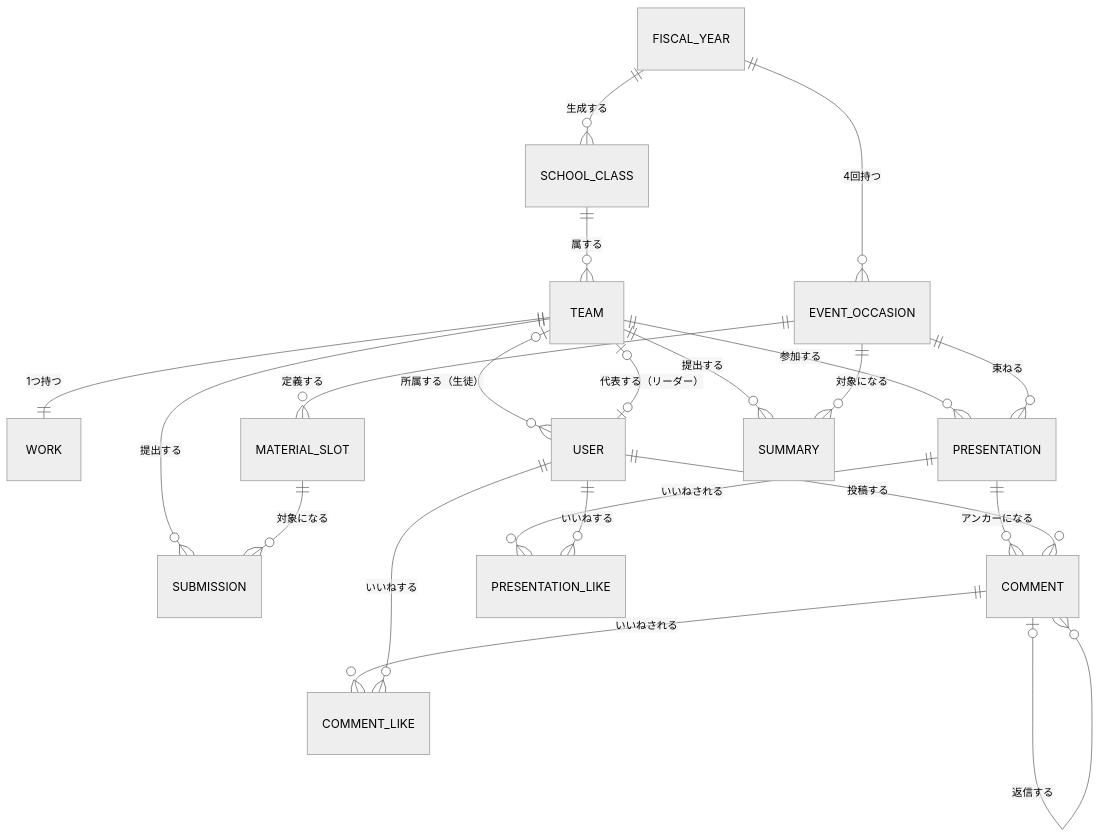
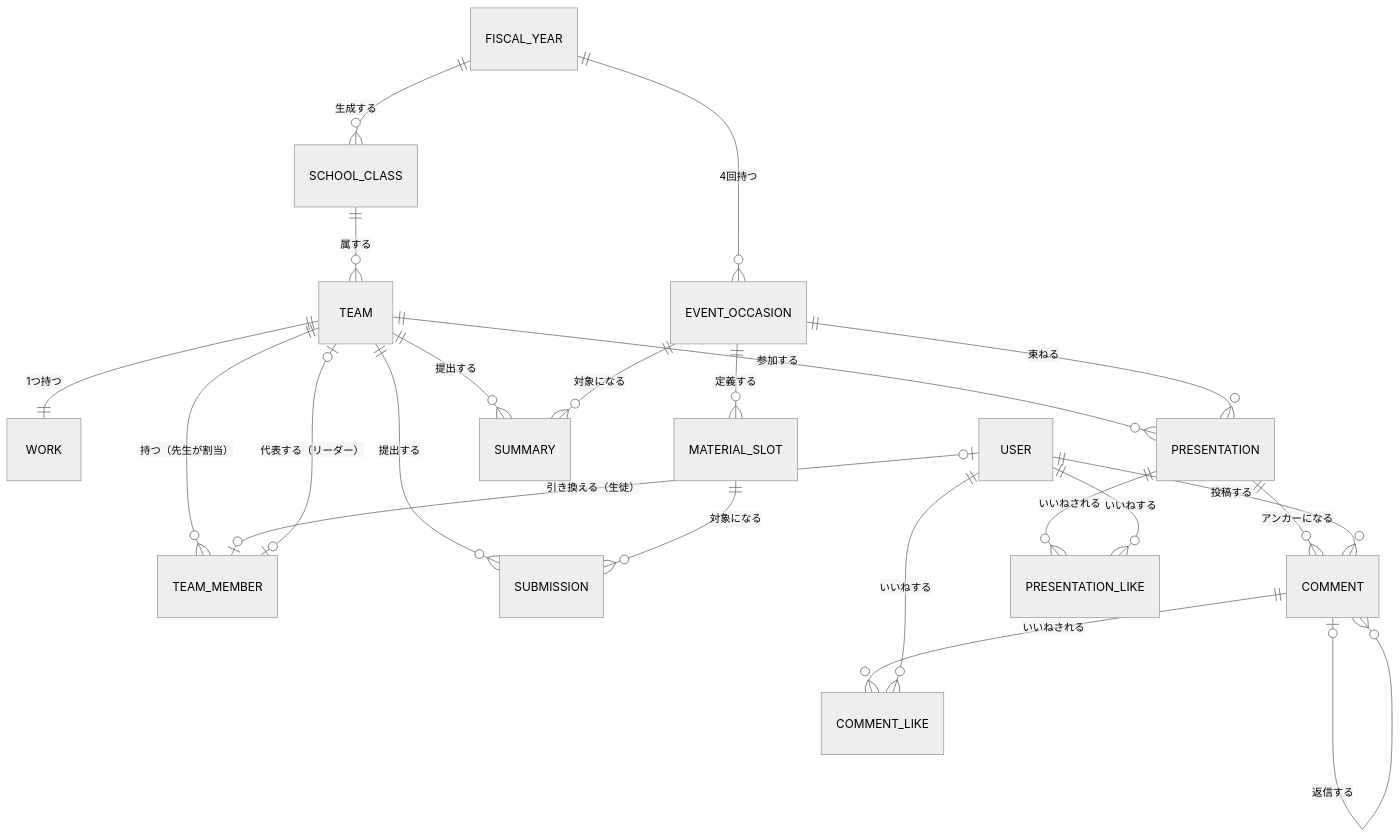
One commit to 250158hj-maker/yse_compass changed the first of 2 diagrams in docs/design/06-data.md. Above: the diagram before and after it, drawn with Mermaid (neutral theme). The commit also changed other lines of this file and 2 other files, not shown here.

````diff
--- a/docs/design/06-data.md
+++ b/docs/design/06-data.md
@@ -96,23 +96,24 @@
 ```mermaid
 erDiagram
     FISCAL_YEAR ||--o{ SCHOOL_CLASS : "生成する"
     FISCAL_YEAR ||--o{ EVENT_OCCASION : "4回持つ"
     SCHOOL_CLASS ||--o{ TEAM : "属する"
     TEAM ||--|| WORK : "1つ持つ"
-    TEAM |o--o{ USER : "所属する（生徒）"
-    TEAM |o--o| USER : "代表する（リーダー）"
+    TEAM ||--o{ TEAM_MEMBER : "持つ（先生が割当）"
+    USER |o--o| TEAM_MEMBER : "引き換える（生徒）"
+    TEAM |o--o| TEAM_MEMBER : "代表する（リーダー）"
     EVENT_OCCASION ||--o{ MATERIAL_SLOT : "定義する"
     TEAM ||--o{ PRESENTATION : "参加する"
     EVENT_OCCASION ||--o{ PRESENTATION : "束ねる"
     TEAM ||--o{ SUBMISSION : "提出する"
     MATERIAL_SLOT ||--o{ SUBMISSION : "対象になる"
     TEAM ||--o{ SUMMARY : "提出する"
     EVENT_OCCASION ||--o{ SUMMARY : "対象になる"
     PRESENTATION ||--o{ COMMENT : "アンカーになる"
     USER ||--o{ COMMENT : "投稿する"
     COMMENT |o--o{ COMMENT : "返信する"
     PRESENTATION ||--o{ PRESENTATION_LIKE : "いいねされる"
     COMMENT ||--o{ COMMENT_LIKE : "いいねされる"
     USER ||--o{ PRESENTATION_LIKE : "いいねする"
     USER ||--o{ COMMENT_LIKE : "いいねする"
 ```
````
